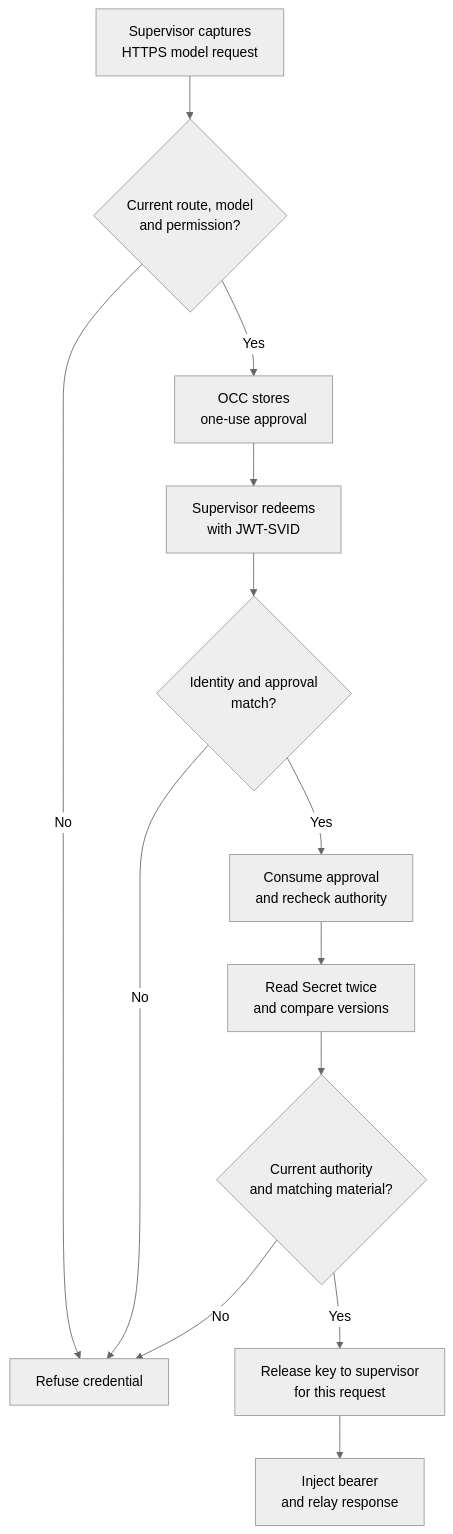
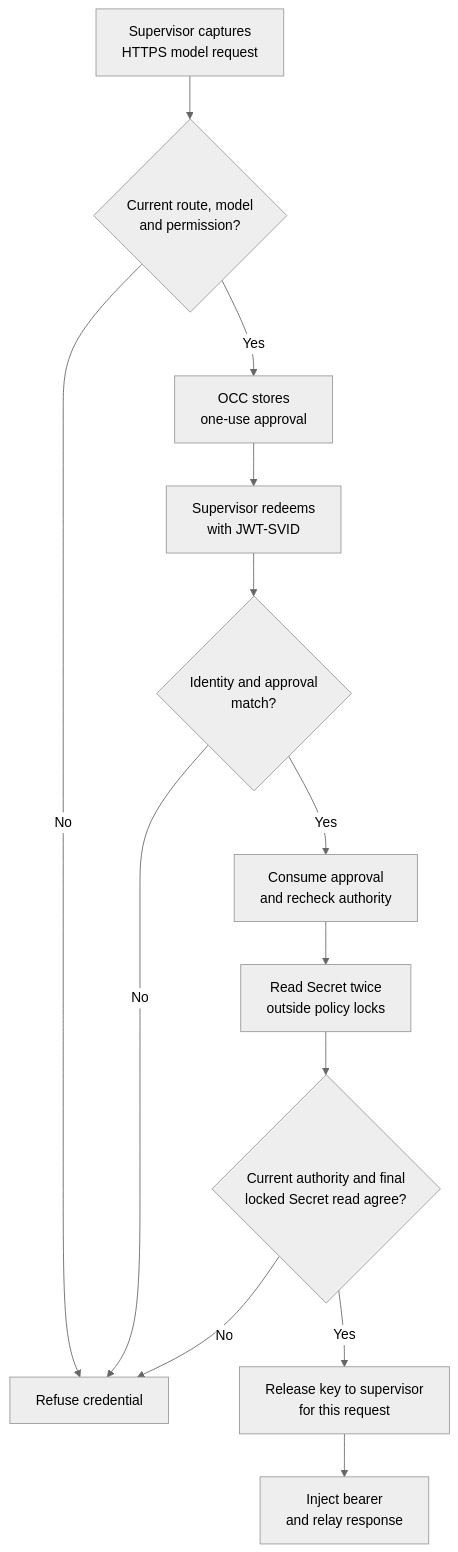
Before and after one commit to openclaw/openclaw-enterprise: the diagram in docs/flows/credential-source-egress/model-requests.md, drawn with Mermaid (neutral theme). The commit also changed other lines of this file and 34 other files, not shown here.

````diff
--- a/docs/flows/credential-source-egress/model-requests.md
+++ b/docs/flows/credential-source-egress/model-requests.md
@@ -32,15 +32,15 @@
 ```mermaid
 graph TD
   A["Supervisor captures<br/>HTTPS model request"] --> B{"Current route, model<br/>and permission?"}
   B -->|No| X["Refuse credential"]
   B -->|Yes| C["OCC stores<br/>one-use approval"]
   C --> D["Supervisor redeems<br/>with JWT-SVID"]
   D --> E{"Identity and approval<br/>match?"}
   E -->|No| X
   E -->|Yes| F["Consume approval<br/>and recheck authority"]
-  F --> G["Read Secret twice<br/>and compare versions"]
-  G --> H{"Current authority<br/>and matching material?"}
+  F --> G["Read Secret twice<br/>outside policy locks"]
+  G --> H{"Current authority and final<br/>locked Secret read agree?"}
   H -->|No| X
   H -->|Yes| I["Release key to supervisor<br/>for this request"]
   I --> J["Inject bearer<br/>and relay response"]
 ```
````
